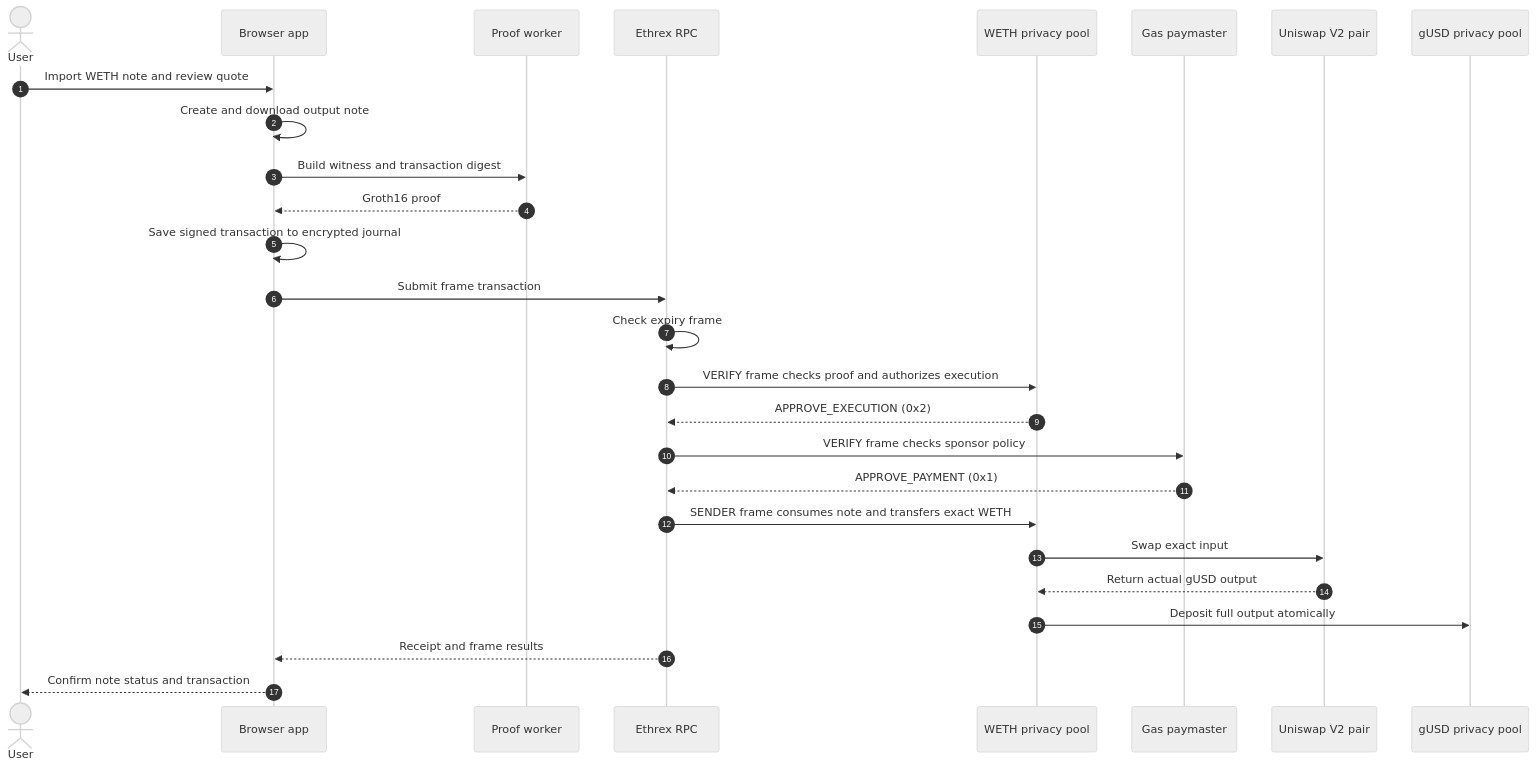
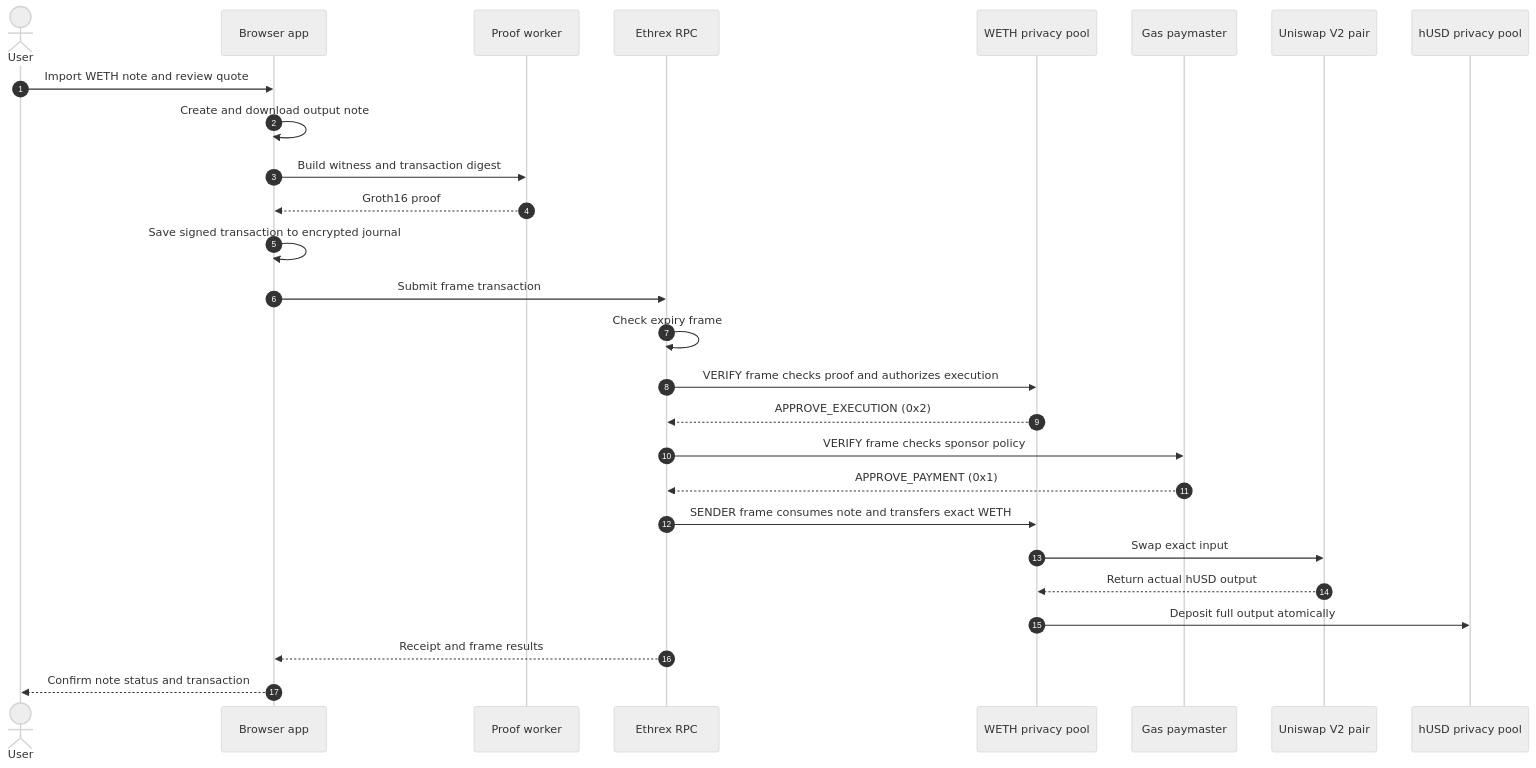
One commit to deepakA18/himitsu changed the second of 2 diagrams in README.md. Above: the diagram before and after it, drawn with Mermaid (neutral theme). The commit also changed other lines of this file and 25 other files, not shown here.

````diff
--- a/README.md
+++ b/README.md
@@ -86,30 +86,30 @@
 ```mermaid
 sequenceDiagram
     autonumber
     actor User
     participant App as Browser app
     participant Worker as Proof worker
     participant RPC as Ethrex RPC
     participant Pool as WETH privacy pool
     participant Paymaster as Gas paymaster
     participant Pair as Uniswap V2 pair
-    participant Output as gUSD privacy pool
+    participant Output as hUSD privacy pool
 
     User->>App: Import WETH note and review quote
     App->>App: Create and download output note
     App->>Worker: Build witness and transaction digest
     Worker-->>App: Groth16 proof
     App->>App: Save signed transaction to encrypted journal
     App->>RPC: Submit frame transaction
     RPC->>RPC: Check expiry frame
     RPC->>Pool: VERIFY frame checks proof and authorizes execution
     Pool-->>RPC: APPROVE_EXECUTION (0x2)
     RPC->>Paymaster: VERIFY frame checks sponsor policy
     Paymaster-->>RPC: APPROVE_PAYMENT (0x1)
     RPC->>Pool: SENDER frame consumes note and transfers exact WETH
     Pool->>Pair: Swap exact input
-    Pair-->>Pool: Return actual gUSD output
+    Pair-->>Pool: Return actual hUSD output
     Pool->>Output: Deposit full output atomically
     RPC-->>App: Receipt and frame results
     App-->>User: Confirm note status and transaction
 ```
````
